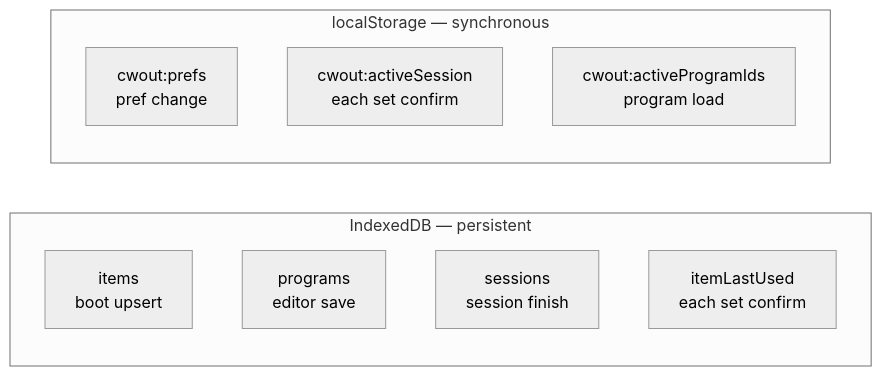
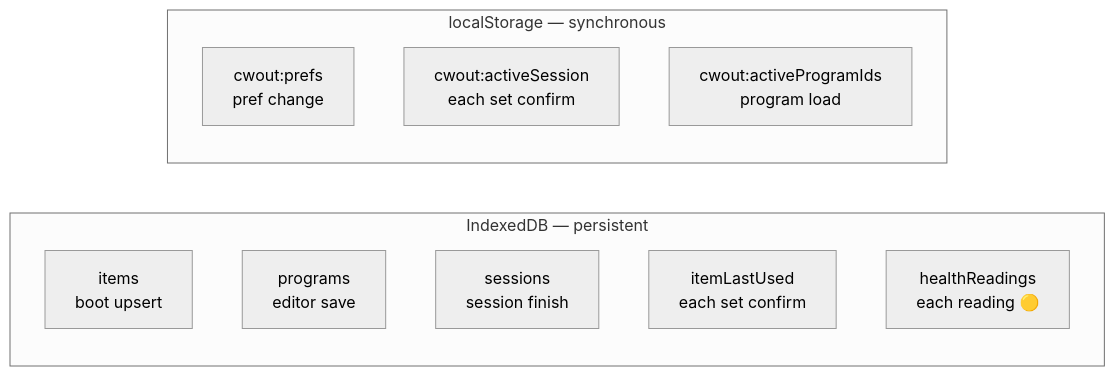
The first of 2 diagrams in docs/architecture/offline-strategy.md (jermbo/CosmicWorkOut), drawn with Mermaid (neutral theme) before and after one commit. The commit also changed other lines of this file and 31 other files, not shown here.

````diff
--- a/docs/architecture/offline-strategy.md
+++ b/docs/architecture/offline-strategy.md
@@ -17,15 +19,16 @@
 ```mermaid
 flowchart LR
     subgraph idb ["IndexedDB — persistent"]
         E[items<br/>boot upsert]
         P[programs<br/>editor save]
         S[sessions<br/>session finish]
         ELU[itemLastUsed<br/>each set confirm]
+        HR[healthReadings<br/>each reading 🟡]
     end
 
     subgraph ls ["localStorage — synchronous"]
         PREFS[cwout:prefs<br/>pref change]
         ACTIVE[cwout:activeSession<br/>each set confirm]
         PROGID[cwout:activeProgramIds<br/>program load]
     end
 ```
````
